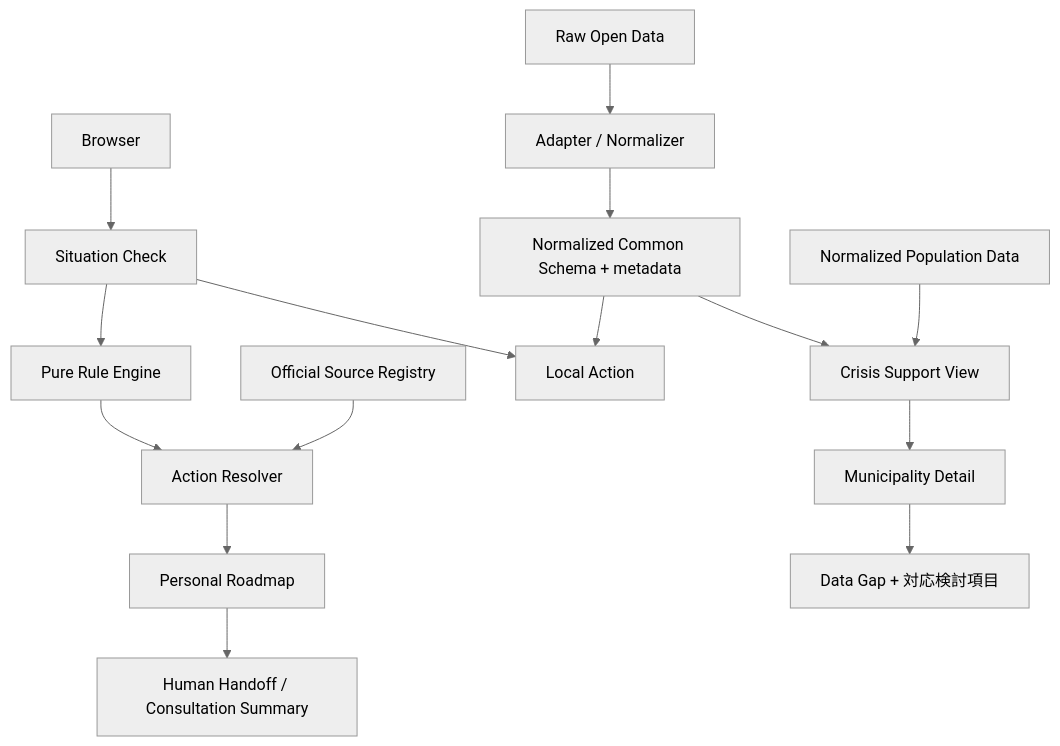
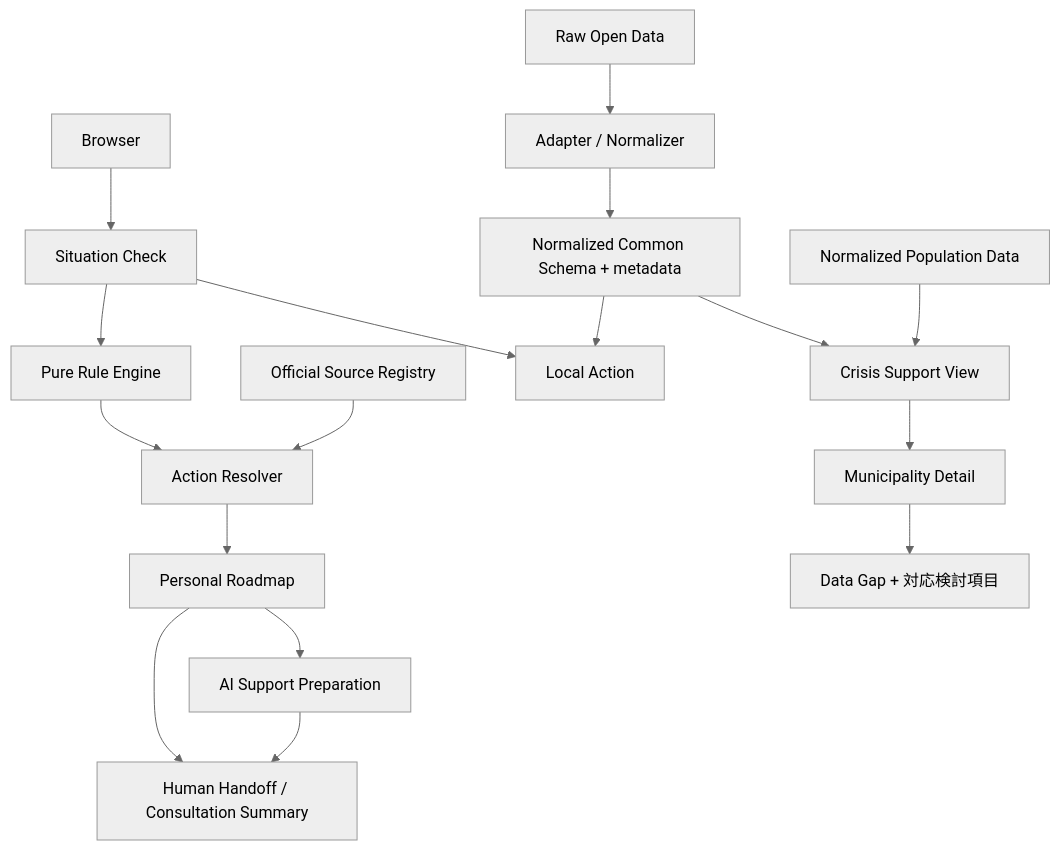
Before and after one commit to kuraryu405/tokyo-opendata: the diagram in docs/architecture.md, drawn with Mermaid (neutral theme). The commit also changed other lines of this file and 12 other files, not shown here.

````diff
--- a/docs/architecture.md
+++ b/docs/architecture.md
@@ -3,17 +3,19 @@
 ```mermaid
 flowchart TD
   B[Browser] --> S[Situation Check]
   S --> R[Pure Rule Engine]
   R --> A[Action Resolver]
   O[Official Source Registry] --> A
   D[Raw Open Data] --> N[Adapter / Normalizer]
   N --> C[Normalized Common Schema + metadata]
   C --> L[Local Action]
   A --> P[Personal Roadmap]
   P --> H[Human Handoff / Consultation Summary]
+  P --> CHT[AI Support Preparation]
+  CHT --> H
   S --> L
   C --> CV[Crisis Support View]
   POP[Normalized Population Data] --> CV
   CV --> M[Municipality Detail]
   M --> G[Data Gap + 対応検討項目]
 ```
````
